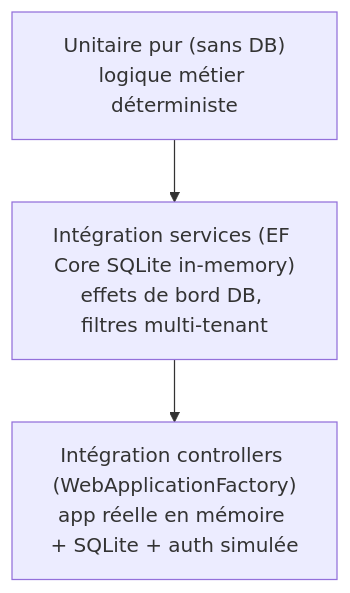
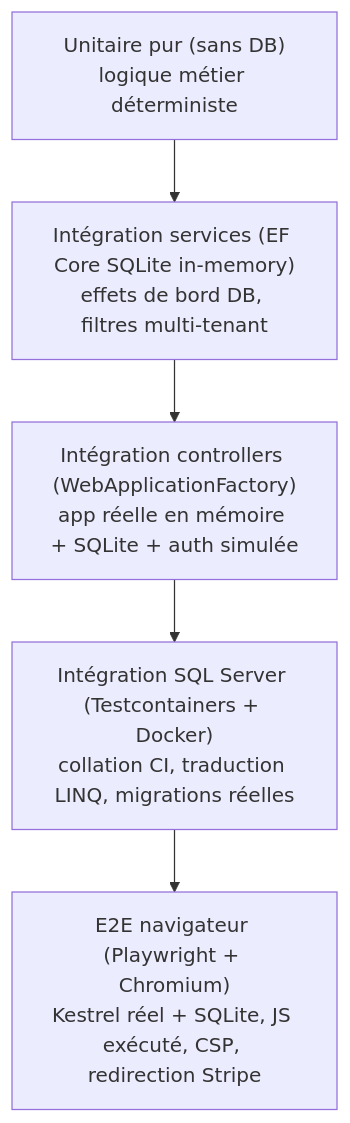
Before and after one commit to ogautier1980/cedeva-v2: the diagram in docs/test-strategy.md, drawn with Mermaid. The commit also changed other lines of this file and 6 other files, not shown here.

````diff
--- a/docs/test-strategy.md
+++ b/docs/test-strategy.md
@@ -9,7 +11,9 @@
 ```mermaid
 graph TD
+    e2e["E2E navigateur (Playwright + Chromium)<br/>Kestrel réel + SQLite, JS exécuté, CSP, redirection Stripe"]
+    sql["Intégration SQL Server (Testcontainers + Docker)<br/>collation CI, traduction LINQ, migrations réelles"]
     waf["Intégration controllers (WebApplicationFactory)<br/>app réelle en mémoire + SQLite + auth simulée"]
     integ["Intégration services (EF Core SQLite in-memory)<br/>effets de bord DB, filtres multi-tenant"]
     unit["Unitaire pur (sans DB)<br/>logique métier déterministe"]
-    unit --> integ --> waf
+    unit --> integ --> waf --> sql --> e2e
 ```
````
